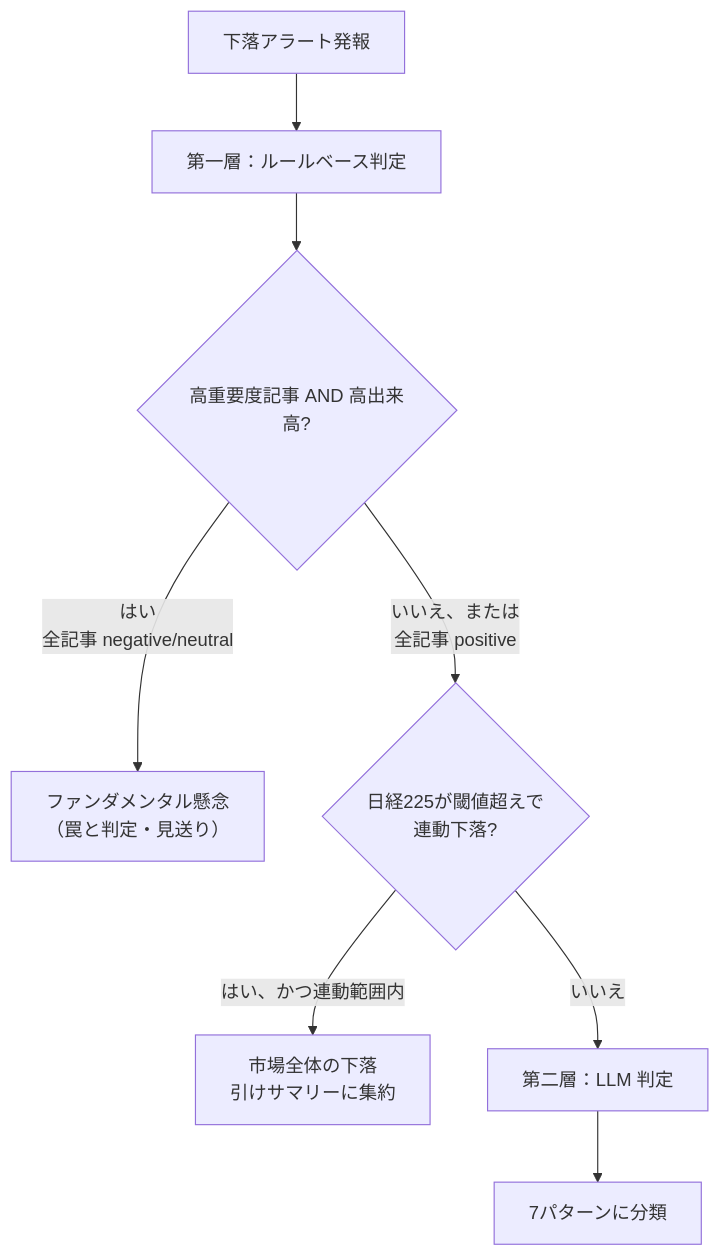
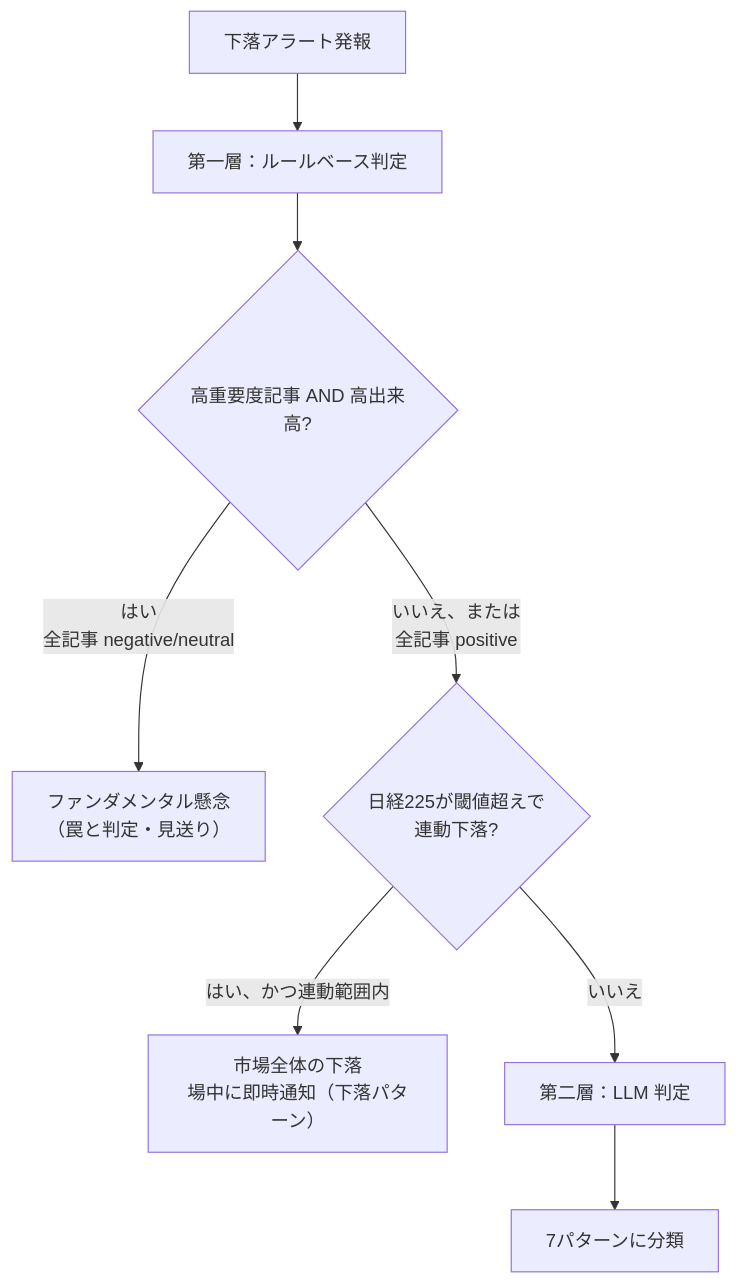
One commit to tanatosflower/stock-monitor-docs changed the third of 4 diagrams in docs/guide/features.md. Above: the diagram before and after it, drawn with Mermaid. The commit also changed other lines of this file and 2 other files, not shown here.

````diff
--- a/docs/guide/features.md
+++ b/docs/guide/features.md
@@ -113,10 +113,10 @@
 ```mermaid
 flowchart TD
     A[下落アラート発報] --> B[第一層：ルールベース判定]
     B --> C{高重要度記事 AND 高出来高?}
     C -- はい<br/>全記事 negative/neutral --> D[ファンダメンタル懸念<br/>（罠と判定・見送り）]
     C -- いいえ、または<br/>全記事 positive --> E{日経225が閾値超えで<br/>連動下落?}
-    E -- はい、かつ連動範囲内 --> F[市場全体の下落<br/>引けサマリーに集約]
+    E -- はい、かつ連動範囲内 --> F[市場全体の下落<br/>場中に即時通知（下落パターン）]
     E -- いいえ --> G[第二層：LLM 判定]
     G --> H[7パターンに分類]
 ```
````
